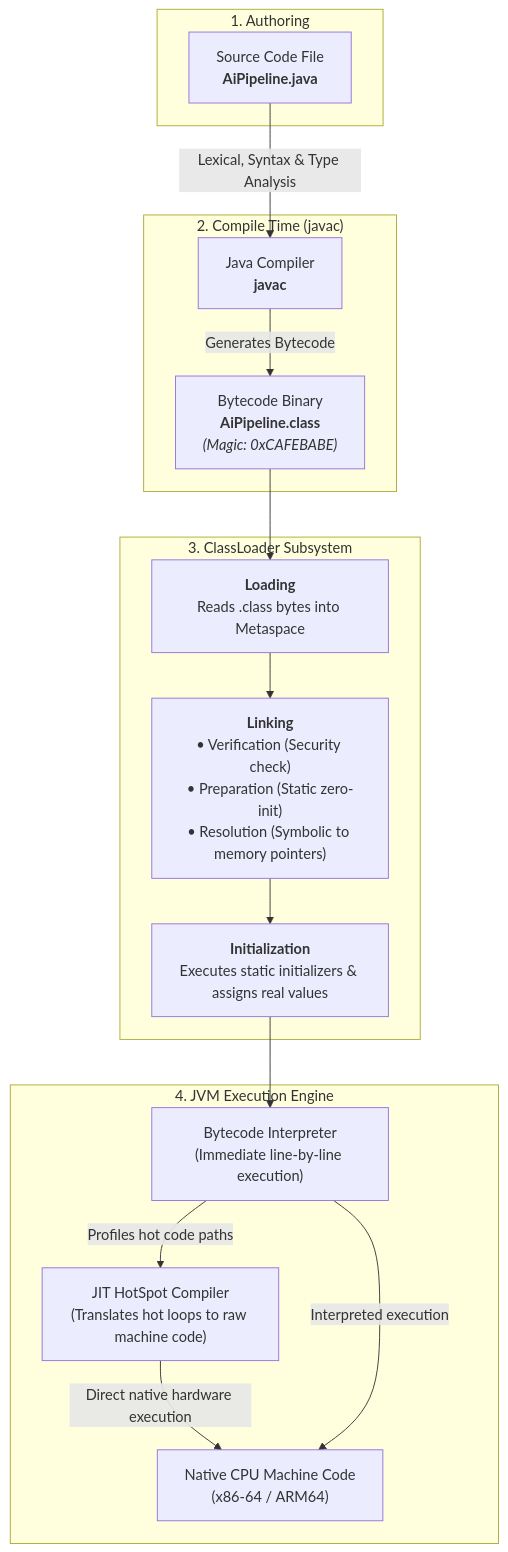
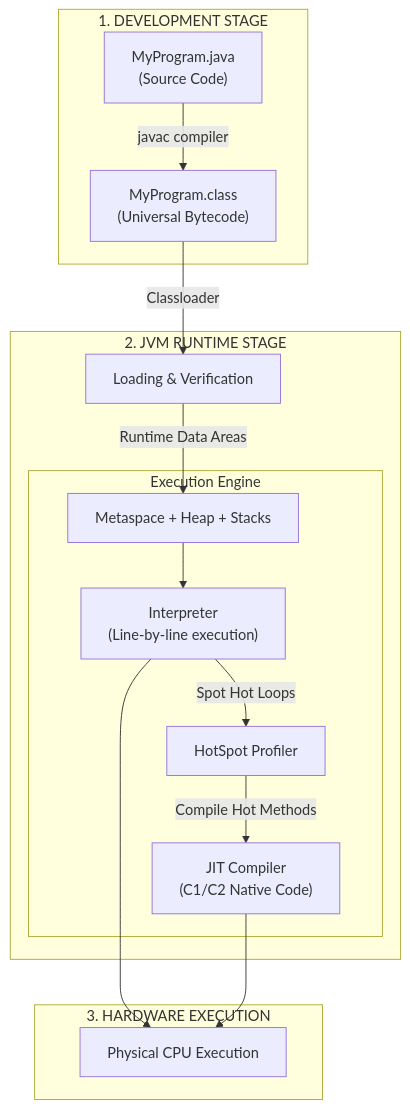
Before and after one commit to SrinuRenangi/Gen-AI-Java: the diagram in Phase_01_Java_Foundations/Day_01_Java_Ecosystem_and_Setup/Day_01_Java_Ecosystem_and_Setup.md, drawn with Mermaid. The commit also changed other lines of this file and 4 other files, not shown here.

````diff
--- a/Phase_01_Java_Foundations/Day_01_Java_Ecosystem_and_Setup/Day_01_Java_Ecosystem_and_Setup.md
+++ b/Phase_01_Java_Foundations/Day_01_Java_Ecosystem_and_Setup/Day_01_Java_Ecosystem_and_Setup.md
@@ -126,32 +340,22 @@
 ```mermaid
 flowchart TD
-    subgraph Step1 ["1. Authoring"]
-        A["Source Code File<br><b>AiPipeline.java</b>"]
+    subgraph DevMachine ["1. DEVELOPMENT STAGE"]
+        Src["MyProgram.java\n(Source Code)"] -->|"javac compiler"| Bytecode["MyProgram.class\n(Universal Bytecode)"]
     end
 
-    subgraph Step2 ["2. Compile Time (javac)"]
-        B["Java Compiler<br><b>javac</b>"]
-        C["Bytecode Binary<br><b>AiPipeline.class</b><br><i>(Magic: 0xCAFEBABE)</i>"]
-        A -->|Lexical, Syntax & Type Analysis| B
-        B -->|Generates Bytecode| C
+    subgraph JVMRuntime ["2. JVM RUNTIME STAGE"]
+        Bytecode -->|"Classloader"| Loading["Loading & Verification"]
+        Loading -->|"Runtime Data Areas"| Memory["Metaspace + Heap + Stacks"]
+        
+        subgraph Engine ["Execution Engine"]
+            Memory --> Interp["Interpreter\n(Line-by-line execution)"]
+            Interp -->|"Spot Hot Loops"| Profiler["HotSpot Profiler"]
+            Profiler -->|"Compile Hot Methods"| JIT["JIT Compiler\n(C1/C2 Native Code)"]
+        end
     end
 
-    subgraph Step3 ["3. ClassLoader Subsystem"]
-        D["<b>Loading</b><br>Reads .class bytes into Metaspace"]
-        E["<b>Linking</b><br>• Verification (Security check)<br>• Preparation (Static zero-init)<br>• Resolution (Symbolic to memory pointers)"]
-        F["<b>Initialization</b><br>Executes static initializers & assigns real values"]
-        C --> D
-        D --> E
-        E --> F
-    end
-
-    subgraph Step4 ["4. JVM Execution Engine"]
-        G["Bytecode Interpreter<br>(Immediate line-by-line execution)"]
-        H["JIT HotSpot Compiler<br>(Translates hot loops to raw machine code)"]
-        I["Native CPU Machine Code<br>(x86-64 / ARM64)"]
-        F --> G
-        G -->|Profiles hot code paths| H
-        H -->|Direct native hardware execution| I
-        G -->|Interpreted execution| I
+    subgraph Hardware ["3. HARDWARE EXECUTION"]
+        Interp --> Native["Physical CPU Execution"]
+        JIT --> Native
     end
 ```
````
